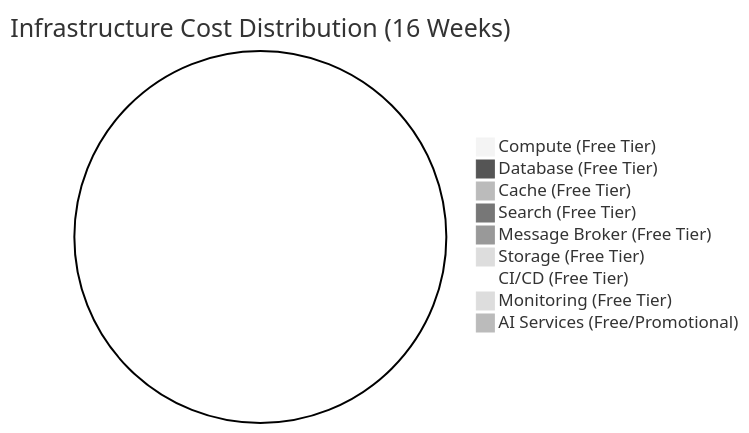
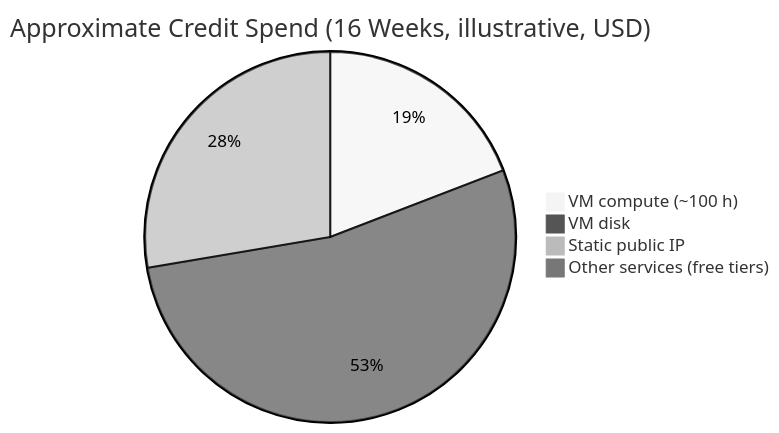
One commit to dut-pbl6-2026/job-platform-docs changed the second of 5 diagrams in docs/srs/en/9-infra-cost-analysis.md. Above: the diagram before and after it, drawn with Mermaid (neutral theme). The commit also changed other lines of this file and 20 other files, not shown here.

````diff
--- a/docs/srs/en/9-infra-cost-analysis.md
+++ b/docs/srs/en/9-infra-cost-analysis.md
@@ -104,12 +120,7 @@
 ```mermaid
-pie title Infrastructure Cost Distribution (16 Weeks)
-    "Compute (Free Tier)" : 0
-    "Database (Free Tier)" : 0
-    "Cache (Free Tier)" : 0
-    "Search (Free Tier)" : 0
-    "Message Broker (Free Tier)" : 0
-    "Storage (Free Tier)" : 0
-    "CI/CD (Free Tier)" : 0
-    "Monitoring (Free Tier)" : 0
-    "AI Services (Free/Promotional)" : 0
+pie title Approximate Credit Spend (16 Weeks, illustrative, USD)
+    "VM compute (~100 h)" : 9
+    "VM disk" : 25
+    "Static public IP" : 13
+    "Other services (free tiers)" : 0
 ```
````
